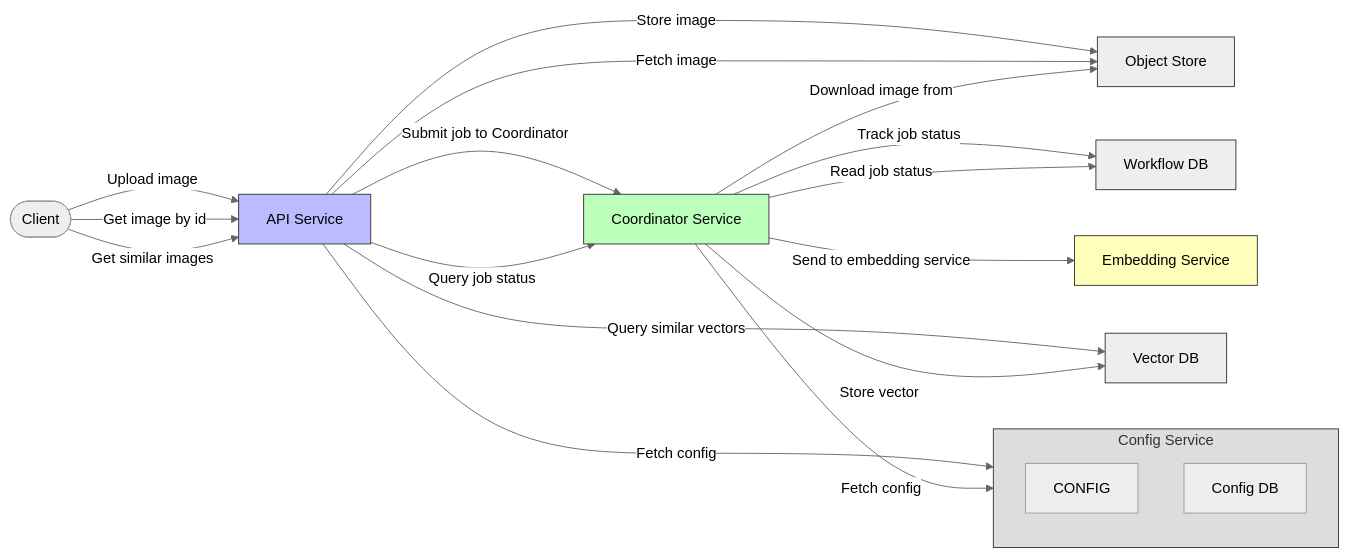
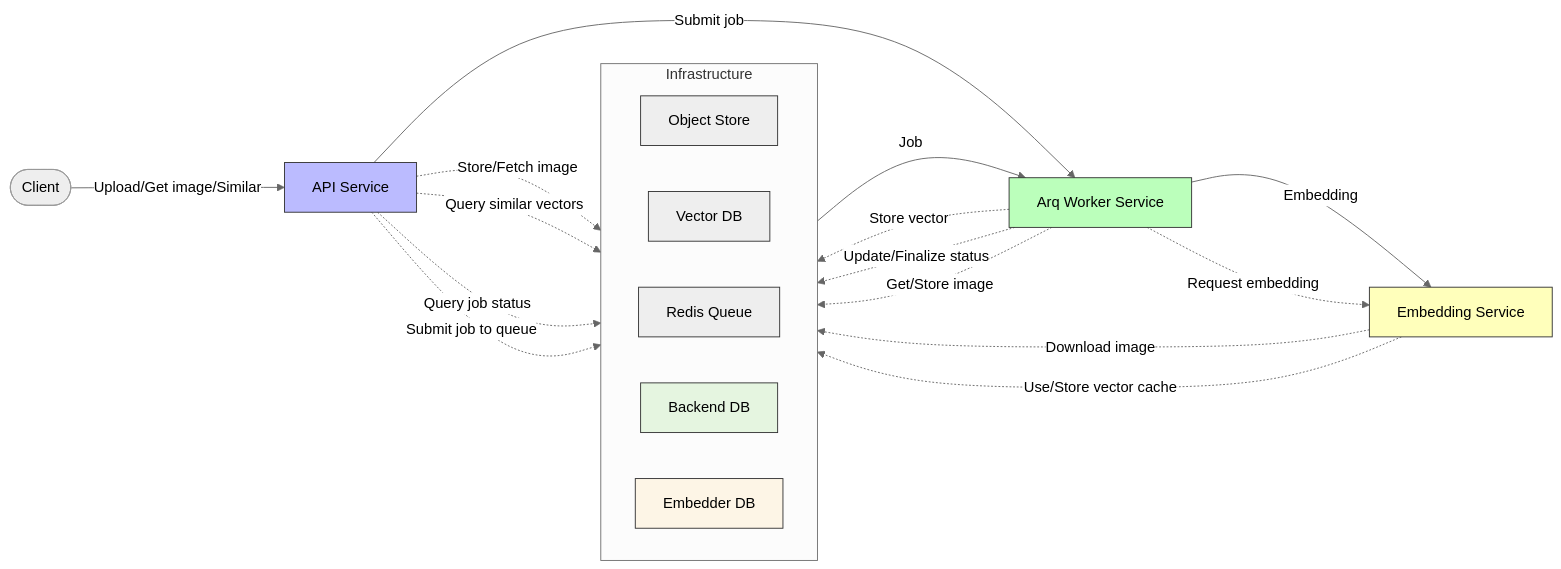
Before and after one commit to Nullpoint56/SmartImageAlbum: the diagram in docs/sources/architecture/architecture_diagram.mmd, drawn with Mermaid (neutral theme). The commit also changed 7 other files, not shown here.

Commit message:
docs: update architecture to final version

```diff
--- a/docs/sources/architecture/architecture_diagram.mmd
+++ b/docs/sources/architecture/architecture_diagram.mmd
@@ -1,54 +1,51 @@
 flowchart LR
-  %% Client
+  %% Nodes
   Client([Client])
-
-  %% API Layer
   API["API Service"]
-
-  %% Coordinator Service
-  COORD["Coordinator Service"]
-
-  %% Embedding Service
+  WORKER["Arq Worker Service"]
   EMBED["Embedding Service"]
 
-  %% Config Service with DB
-  subgraph CONFIG_GROUP["Config Service"]
-    direction TB
-    CONFIG
-    CONFIG_DB["Config DB"]
+  %% Infrastructure as subgraph (horizontal arrangement)
+  subgraph INFRASTRUCTURE["Infrastructure"]
+    direction LR
+    OBJ_STORE["Object Store"]
+    VECTOR_DB["Vector DB"]
+    REDIS["Redis Queue"]
+    APP_DB["Backend DB"]
+    EMBED_DB["Embedder DB"]
   end
 
-  %% Infrastructure
-  OBJ_STORE["Object Store"]
-  VECTOR_DB["Vector DB"]
-  STATUS_DB["Workflow DB"]
+  %% Main left-to-right service path
+  Client -->|Upload/Get image/Similar| API
+  API -->|Submit job| WORKER
+  WORKER -->|Embedding| EMBED
 
-  %% Client to API
-  Client -->|"Upload image"| API
-  Client -->|"Get image by id"| API
-  Client -->|"Get similar images"| API
+  %% API data flow to infrastructure
+  API -.->|Store/Fetch image| OBJ_STORE
+  API -.->|Query similar vectors| VECTOR_DB
+  API -.->|Query job status| APP_DB
 
-  %% API actions
-  API -->|"Store image"| OBJ_STORE
-  API -->|"Submit job to Coordinator"| COORD
-  API -->|"Query job status"| COORD
-  API -->|"Query similar vectors"| VECTOR_DB
-  API -->|"Fetch image"| OBJ_STORE
-  API -->|"Fetch config"| CONFIG
+  %% API job queue
+  API -.->|Submit job to queue| REDIS
 
-  %% Coordinator logic
-  COORD -->|"Track job status"| STATUS_DB
-  COORD -->|"Read job status"| STATUS_DB
-  COORD -->|"Fetch config"| CONFIG
-  COORD -->|"Download image from"| OBJ_STORE
-  COORD -->|"Send to embedding service"| EMBED
-  COORD -->|"Store vector"| VECTOR_DB
+  %% Worker & Embedder with infrastructure
+  WORKER -.->|Store vector| VECTOR_DB
+  WORKER -.->|Update/Finalize status| APP_DB
+  WORKER -.->|Get/Store image| OBJ_STORE
+  WORKER -.->|Request embedding| EMBED
+
+  EMBED -.->|Download image| OBJ_STORE
+  EMBED -.->|Use/Store vector cache| EMBED_DB
+
+  %% REDIS triggers Worker
+  REDIS -->|Job| WORKER
 
   %% Styling
   style API fill:#bbf,stroke:#333,stroke-width:1px
-  style COORD fill:#bfb,stroke:#333,stroke-width:1px
-  style CONFIG_GROUP fill:#ddd,stroke:#333,stroke-width:1px
+  style WORKER fill:#bfb,stroke:#333,stroke-width:1px
   style EMBED fill:#ffb,stroke:#333,stroke-width:1px
   style OBJ_STORE fill:#eee,stroke:#333,stroke-width:1px
   style VECTOR_DB fill:#eee,stroke:#333,stroke-width:1px
-  style STATUS_DB fill:#eee,stroke:#333,stroke-width:1px
+  style REDIS fill:#eee,stroke:#333,stroke-width:1px
+  style APP_DB fill:#e5f5e0,stroke:#333,stroke-width:1px
+  style EMBED_DB fill:#fdf5e6,stroke:#333,stroke-width:1px
```
